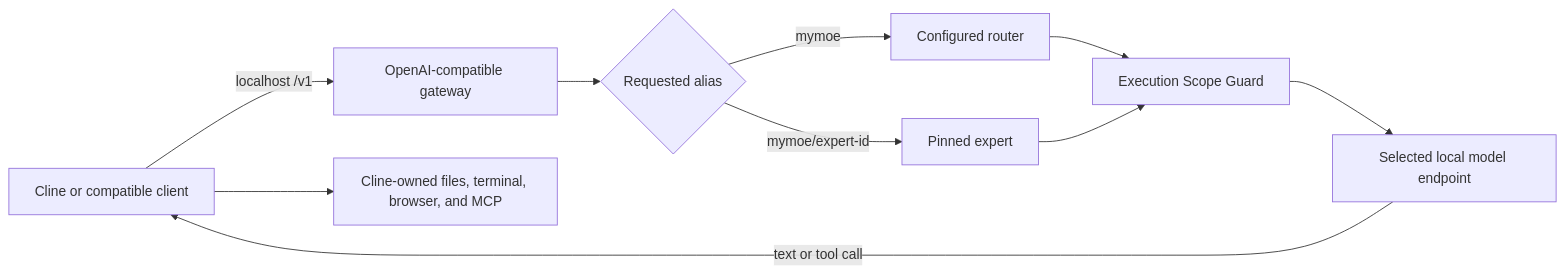
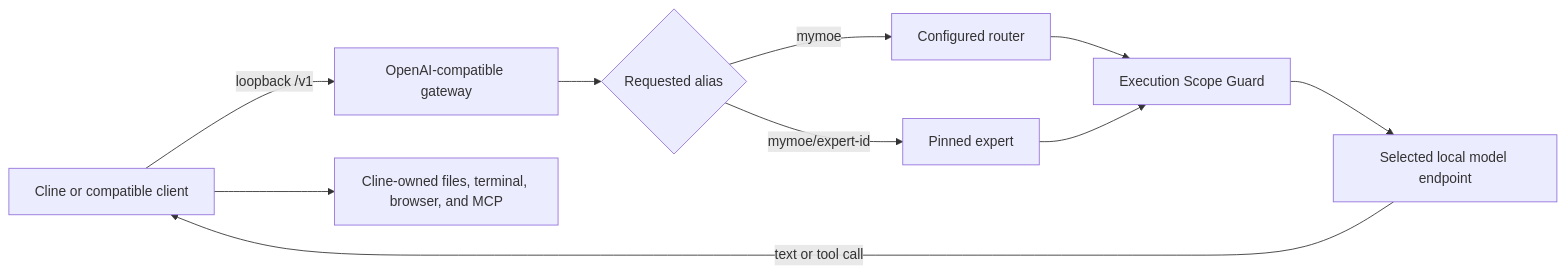
One commit to aantenore/myMoE changed the second of 6 diagrams in docs/architecture.md. Above: the diagram before and after it, drawn with Mermaid. The commit also changed other lines of this file and 23 other files, not shown here.

````diff
--- a/docs/architecture.md
+++ b/docs/architecture.md
@@ -48,12 +48,12 @@
 ```mermaid
 flowchart LR
-  C["Cline or compatible client"] -->|"localhost /v1"| G["OpenAI-compatible gateway"]
+  C["Cline or compatible client"] -->|"loopback /v1"| G["OpenAI-compatible gateway"]
   G --> A{"Requested alias"}
   A -->|"mymoe"| R["Configured router"]
   A -->|"mymoe/expert-id"| P["Pinned expert"]
   R --> S["Execution Scope Guard"]
   P --> S
   S --> M["Selected local model endpoint"]
   M -->|"text or tool call"| C
   C --> T["Cline-owned files, terminal, browser, and MCP"]
 ```
````
